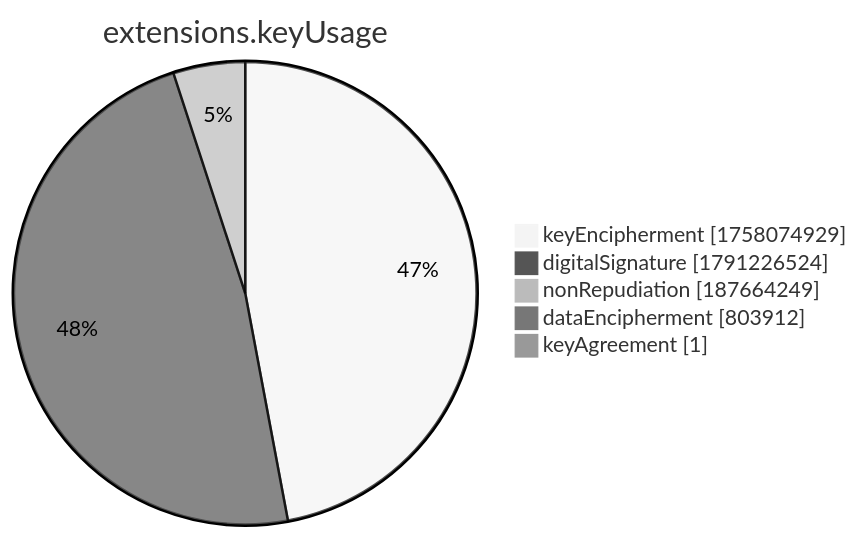
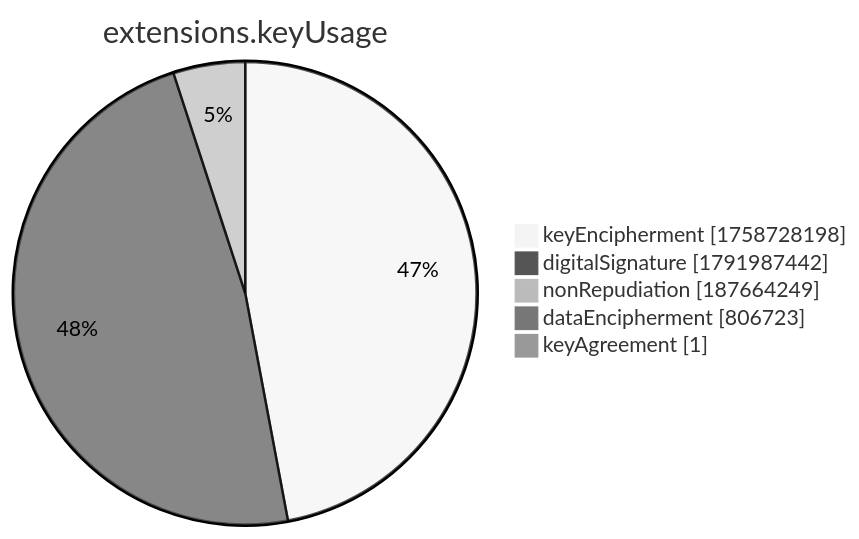
One commit to christiankrug/ctmonitor_visualization changed the seventh of 15 diagrams in xenon2022/README.md. Above: the diagram before and after it, drawn with Mermaid (neutral theme). The commit also changed other lines of this file, not shown here.

````diff
--- a/xenon2022/README.md
+++ b/xenon2022/README.md
@@ -2859,9 +2859,9 @@
 ```mermaid
 pie showData
 title extensions.keyUsage
-"keyEncipherment" :1758074929
-"digitalSignature" :1791226524
+"keyEncipherment" :1758728198
+"digitalSignature" :1791987442
 "nonRepudiation" :187664249
-"dataEncipherment" :803912
+"dataEncipherment" :806723
 "keyAgreement" :1
 ```
````
